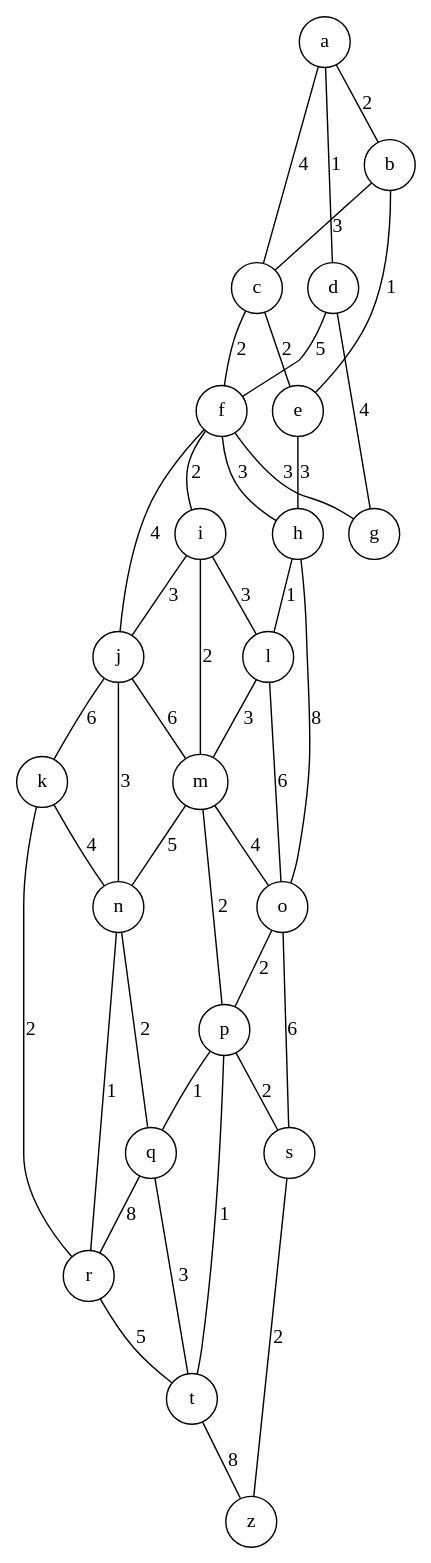
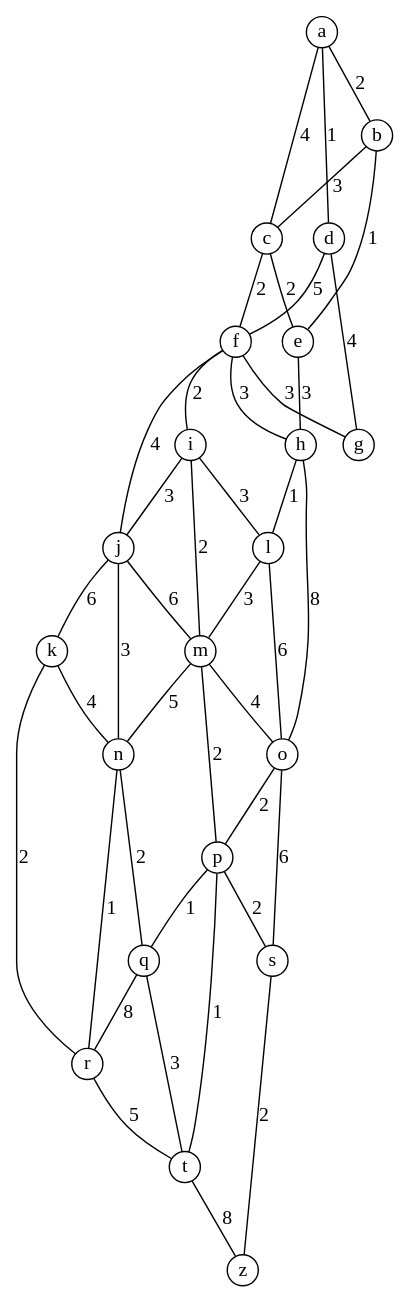
Before and after one commit to vietlq/graph-tuts: the diagram in bai4.dot, drawn with Graphviz. The commit also changed 3 other files, not shown here.

```diff
--- a/bai4.dot
+++ b/bai4.dot
@@ -1,85 +1,85 @@
 graph G {
-    node [shape=circle];
+    node [shape=circle,width=.3,height=.3,fixedsize=true];
     
     a -- b [label="2"];
     a -- c [label="4"];
     a -- d [label="1"];
     
     b -- c [label="3"];
     b -- e [label="1"];
     
     c -- e [label="2"];
     c -- f [label="2"];
     
     d -- f [label="5"];
     d -- g [label="4"];
     
     e -- h [label="3"];
     
     f -- g [label="3"];
     f -- h [label="3"];
     f -- i [label="2"];
     f -- j [label="4"];
     
     h -- l [label="1"];
     h -- o [label="8", length="6"];
     
     i -- j [label="3"];
     i -- l [label="3"];
     i -- m [label="2"];
     
     j -- k [label="6"];
     j -- m [label="6"];
     j -- n [label="3"];
     
     k -- n [label="4"];
     k -- r [label="2"];
     
     l -- m [label="3"];
     l -- o [label="6"];
     
     m -- n [label="5"];
     m -- o [label="4"];
     m -- p [label="2"];
     
     n -- q [label="2"];
     n -- r [label="1"];
     
     o -- p [label="2"];
     o -- s [label="6"];
     
     p -- q [label="1"];
     p -- s [label="2"];
     p -- t [label="1"];
     
     q -- t [label="3"];
     q -- r [label="8"];
     
     r -- t [label="5"];
     
     s -- z [label="2"];
     
     t -- z [label="8"];
     
     a [pos="0, 0!"];
-    b [pos="2, 2!"];
-    c [pos="2, 0!"];
-    d [pos="2, -2!"];
-    e [pos="4, 2!"];
-    f [pos="4, 0!"];
-    g [pos="4, -2!"];
-    h [pos="6, 4!"];
-    i [pos="6, 0!"];
-    j [pos="6, -2!"];
-    k [pos="8, -2!"];
-    l [pos="6, 2!"];
-    m [pos="8, 2!"];
-    n [pos="8, 0!"];
-    o [pos="10, 4!"];
-    p [pos="10, 2!"];
-    q [pos="10, 0!"];
-    r [pos="10, -2!"];
-    s [pos="12, 2!"];
-    t [pos="12, 0!"];
-    z [pos="14, 0!"]
+    b [pos="1, 1!"];
+    c [pos="1, 0!"];
+    d [pos="1, -1!"];
+    e [pos="2, 1!"];
+    f [pos="2, 0!"];
+    g [pos="2, -1!"];
+    h [pos="3, 2!"];
+    i [pos="3, 0!"];
+    j [pos="3, -1!"];
+    k [pos="4, -1!"];
+    l [pos="3, 1!"];
+    m [pos="4, 1!"];
+    n [pos="4, 0!"];
+    o [pos="5, 2!"];
+    p [pos="5, 1!"];
+    q [pos="5, 0!"];
+    r [pos="5, -1!"];
+    s [pos="6, 1!"];
+    t [pos="6, 0!"];
+    z [pos="7, 0!"]
 }
```
